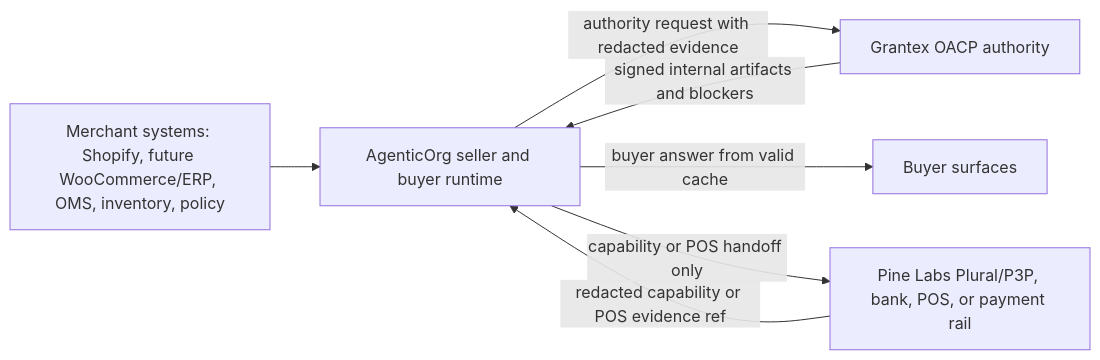
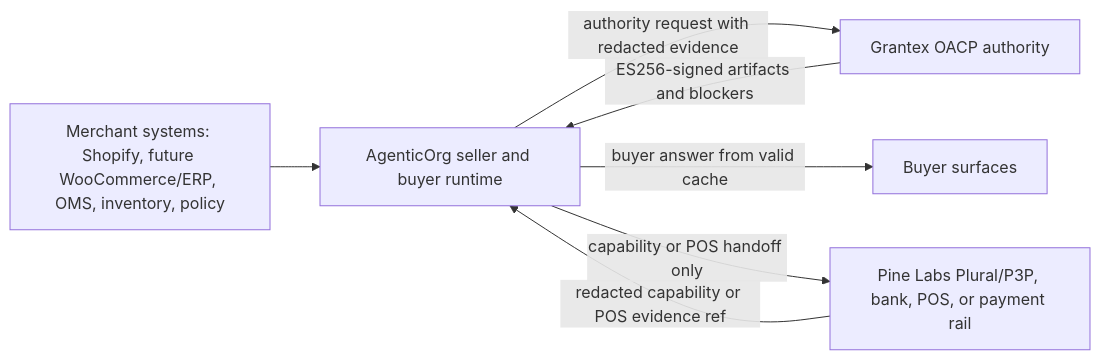
Before and after one commit to mishrasanjeev/grantex: the diagram in docs/guides/oacp/overview.mdx, drawn with Mermaid. The commit also changed other lines of this file and 33 other files, not shown here.

Commit message:
feat(oacp): ES256-signed, DB-keyed, persisted and revocable OACP artifacts (G1-G4)

````diff
--- a/docs/guides/oacp/overview.mdx
+++ b/docs/guides/oacp/overview.mdx
@@ -15,9 +15,9 @@
 ```mermaid
 flowchart LR
   merchant[Merchant systems: Shopify, future WooCommerce/ERP, OMS, inventory, policy] --> agentic[AgenticOrg seller and buyer runtime]
   agentic -->|authority request with redacted evidence| grantex[Grantex OACP authority]
-  grantex -->|signed internal artifacts and blockers| agentic
+  grantex -->|ES256-signed artifacts and blockers| agentic
   agentic -->|buyer answer from valid cache| buyer[Buyer surfaces]
   agentic -->|capability or POS handoff only| provider[Pine Labs Plural/P3P, bank, POS, or payment rail]
   provider -->|redacted capability or POS evidence ref| agentic
 ```
````
